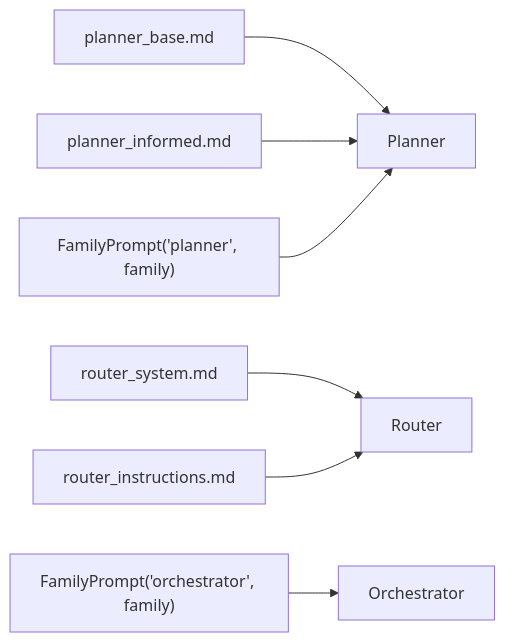
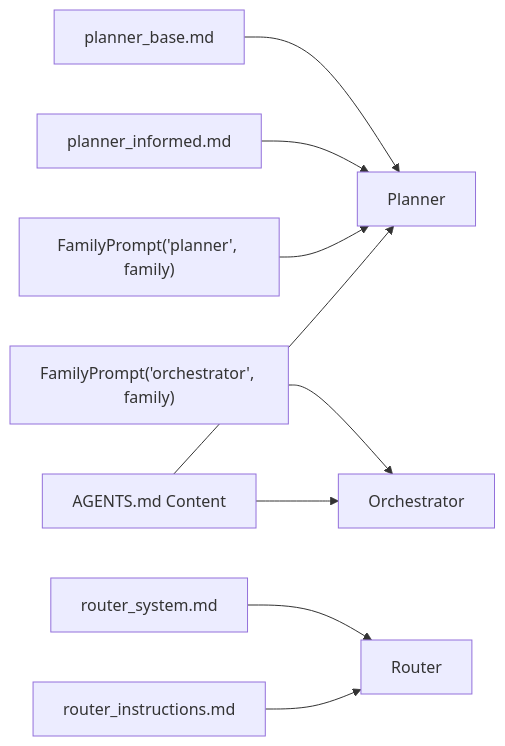
The sixth of 10 diagrams in .qoder/repowiki/en/content/Core AI Engine/Planner System.md (v0lka/c0wrk), drawn with Mermaid before and after one commit. The commit also changed other lines of this file and 80 other files, not shown here.

````diff
--- a/.qoder/repowiki/en/content/Core AI Engine/Planner System.md
+++ b/.qoder/repowiki/en/content/Core AI Engine/Planner System.md
@@ -270,9 +299,11 @@
 ```mermaid
 graph LR
 PB["planner_base.md"] --> Planner["Planner"]
 PI["planner_informed.md"] --> Planner
 RS["router_system.md"] --> Router["Router"]
 RI["router_instructions.md"] --> Router
 FP["FamilyPrompt('planner', family)"] --> Planner
 FR["FamilyPrompt('orchestrator', family)"] --> Orchestrator["Orchestrator"]
+AMD["AGENTS.md Content"] --> Planner
+AMD --> Orchestrator
 ```
````
